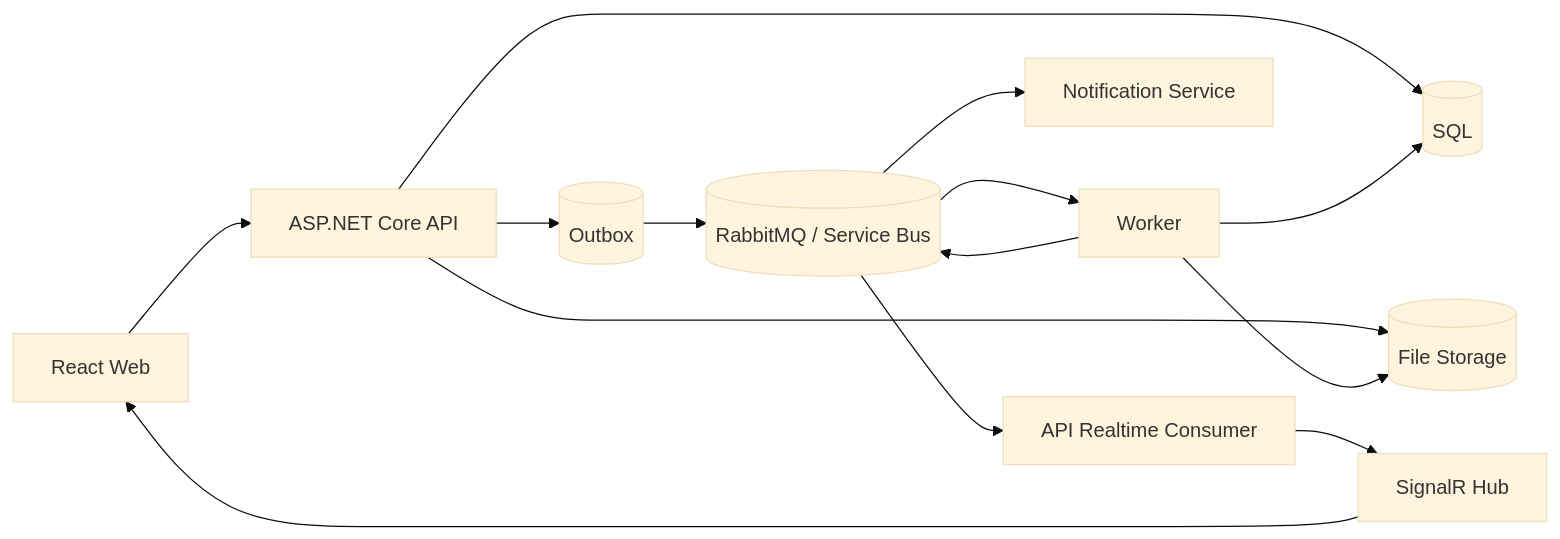
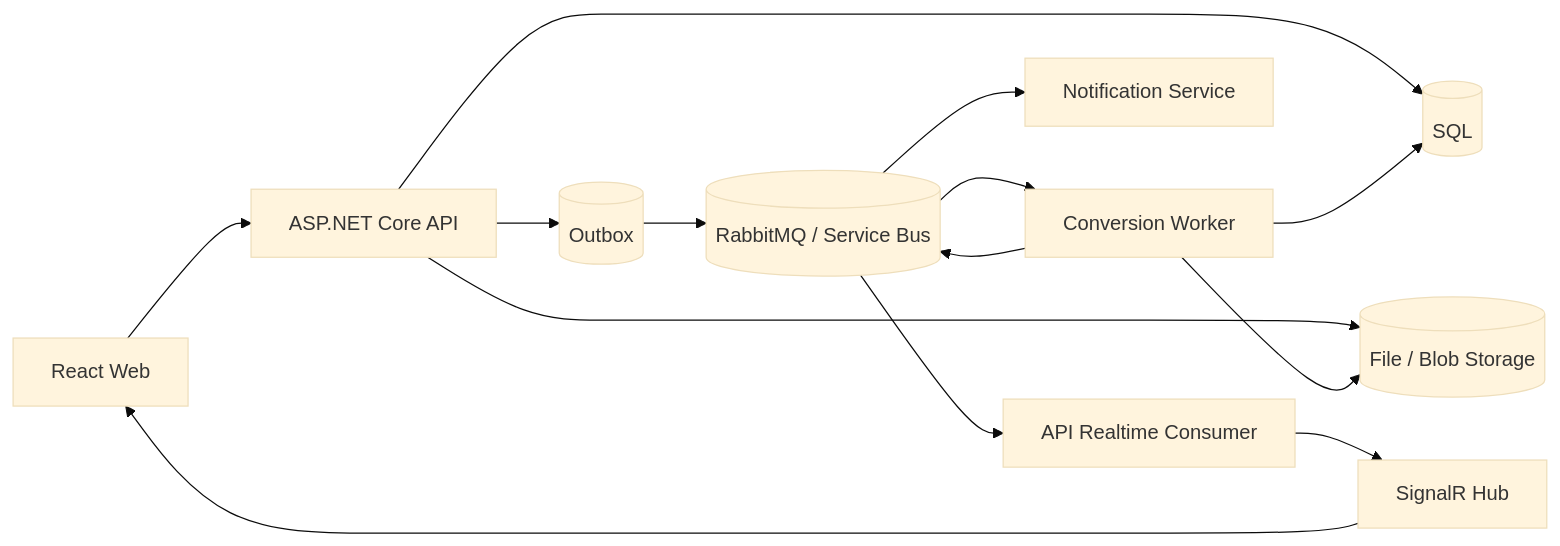
One commit to haoyucheng369-gif/document-pipeline changed the first of 2 diagrams in README.md. Above: the diagram before and after it, drawn with Mermaid (base theme). The commit also changed other lines of this file, not shown here.

````diff
--- a/README.md
+++ b/README.md
@@ -26,19 +21,19 @@
 ```mermaid
 flowchart LR
-    Web[React Web] --> Api[ASP.NET Core API]
-    Api --> Db[(SQL)]
-    Api --> Storage[(File Storage)]
-    Api --> Outbox[(Outbox)]
+    Web[React Web] --> API[ASP.NET Core API]
+    API --> DB[(SQL)]
+    API --> Storage[(File / Blob Storage)]
+    API --> Outbox[(Outbox)]
 
     Outbox --> Bus[(RabbitMQ / Service Bus)]
-    Bus --> Worker[Worker]
+    Bus --> Worker[Conversion Worker]
     Bus --> Notification[Notification Service]
     Bus --> Realtime[API Realtime Consumer]
 
-    Worker --> Db
     Worker --> Storage
+    Worker --> DB
     Worker --> Bus
 
     Realtime --> SignalR[SignalR Hub]
     SignalR --> Web
 ```
````
